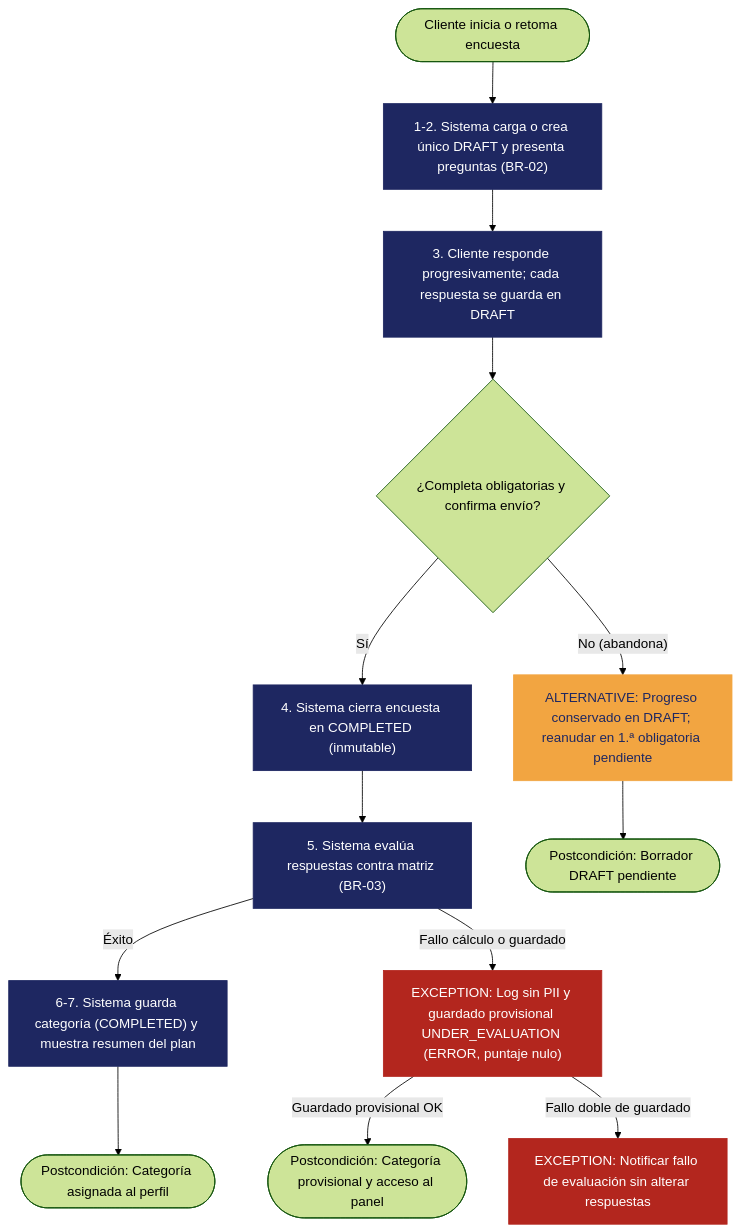
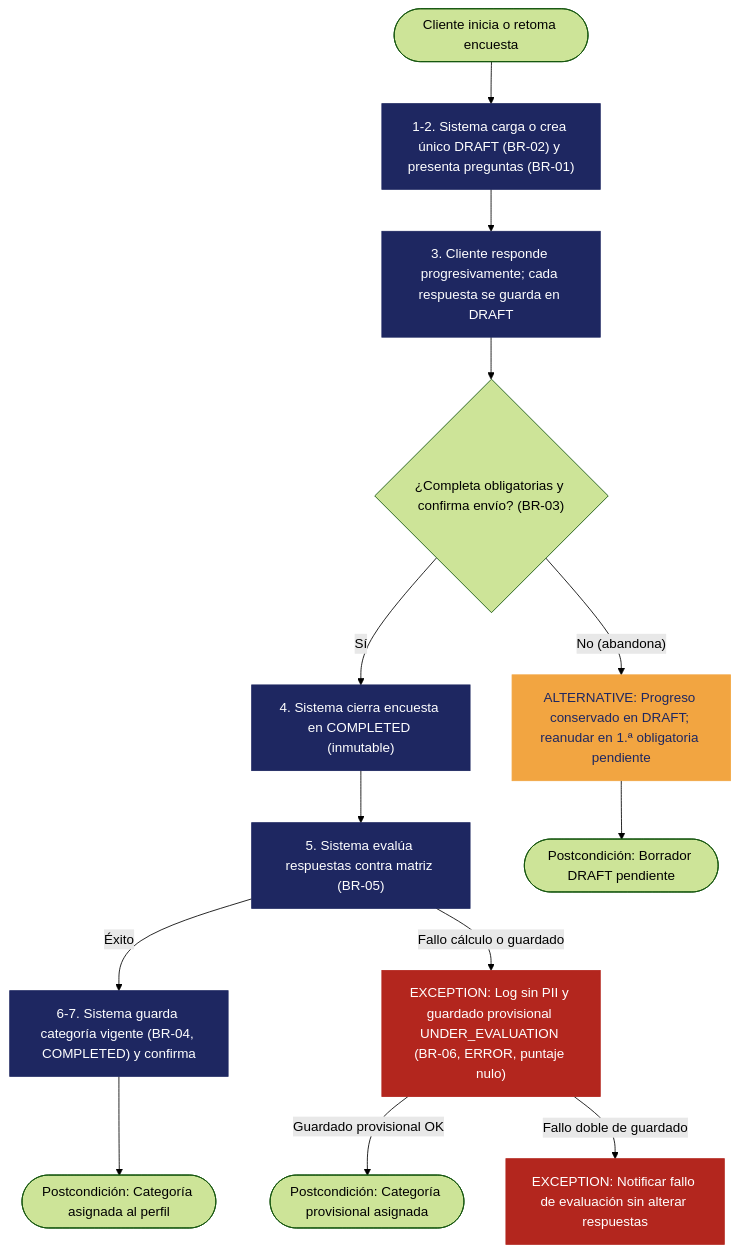
The diagram in docs/req/REQ-01.md (juacortesva/Grupo-5-Finanzas-Ingesoft_I_UN_2026-II), drawn with Mermaid (forest theme) before and after one commit. The commit also changed other lines of this file and 1 other file, not shown here.

````diff
--- a/docs/req/REQ-01.md
+++ b/docs/req/REQ-01.md
@@ -147,24 +149,24 @@
 ```mermaid
 flowchart TD
-    A([Cliente inicia o retoma encuesta]) --> B["1-2. Sistema carga o crea único DRAFT y presenta preguntas (BR-02)"]
+    A([Cliente inicia o retoma encuesta]) --> B["1-2. Sistema carga o crea único DRAFT (BR-02) y presenta preguntas (BR-01)"]
     B --> C["3. Cliente responde progresivamente; cada respuesta se guarda en DRAFT"]
-    C --> D{"¿Completa obligatorias y confirma envío?"}
+    C --> D{"¿Completa obligatorias y confirma envío? (BR-03)"}
     D -- "Sí" --> G["4. Sistema cierra encuesta en COMPLETED (inmutable)"]
-    G --> G2["5. Sistema evalúa respuestas contra matriz (BR-03)"]
-    G2 -- "Éxito" --> G3["6-7. Sistema guarda categoría (COMPLETED) y muestra resumen del plan"]
+    G --> G2["5. Sistema evalúa respuestas contra matriz (BR-05)"]
+    G2 -- "Éxito" --> G3["6-7. Sistema guarda categoría vigente (BR-04, COMPLETED) y confirma"]
     G3 --> H(["Postcondición: Categoría asignada al perfil"])
 
     D -- "No (abandona)" --> E["ALTERNATIVE: Progreso conservado en DRAFT; reanudar en 1.ª obligatoria pendiente"]
     E --> H2(["Postcondición: Borrador DRAFT pendiente"])
 
-    G2 -- "Fallo cálculo o guardado" --> F["EXCEPTION: Log sin PII y guardado provisional UNDER_EVALUATION (ERROR, puntaje nulo)"]
-    F -- "Guardado provisional OK" --> H3(["Postcondición: Categoría provisional y acceso al panel"])
+    G2 -- "Fallo cálculo o guardado" --> F["EXCEPTION: Log sin PII y guardado provisional UNDER_EVALUATION (BR-06, ERROR, puntaje nulo)"]
+    F -- "Guardado provisional OK" --> H3(["Postcondición: Categoría provisional asignada"])
     F -- "Fallo doble de guardado" --> F2["EXCEPTION: Notificar fallo de evaluación sin alterar respuestas"]
 
     classDef mainflow fill:#1E2761,color:#ffffff,stroke:#1E2761;
     classDef alt fill:#F2A541,color:#1E2761,stroke:#F2A541;
     classDef exception fill:#B3261E,color:#ffffff,stroke:#B3261E;
     class B,C,G,G2,G3 mainflow;
     class E alt;
     class F,F2 exception;
 ```
````
